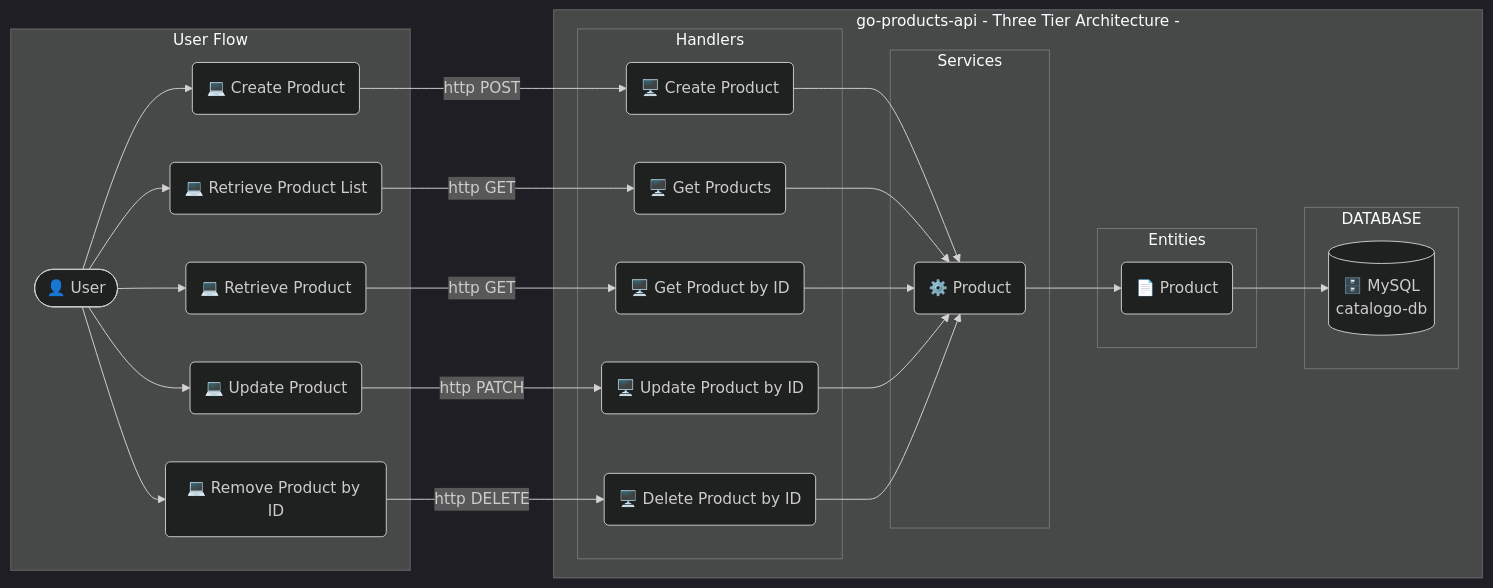
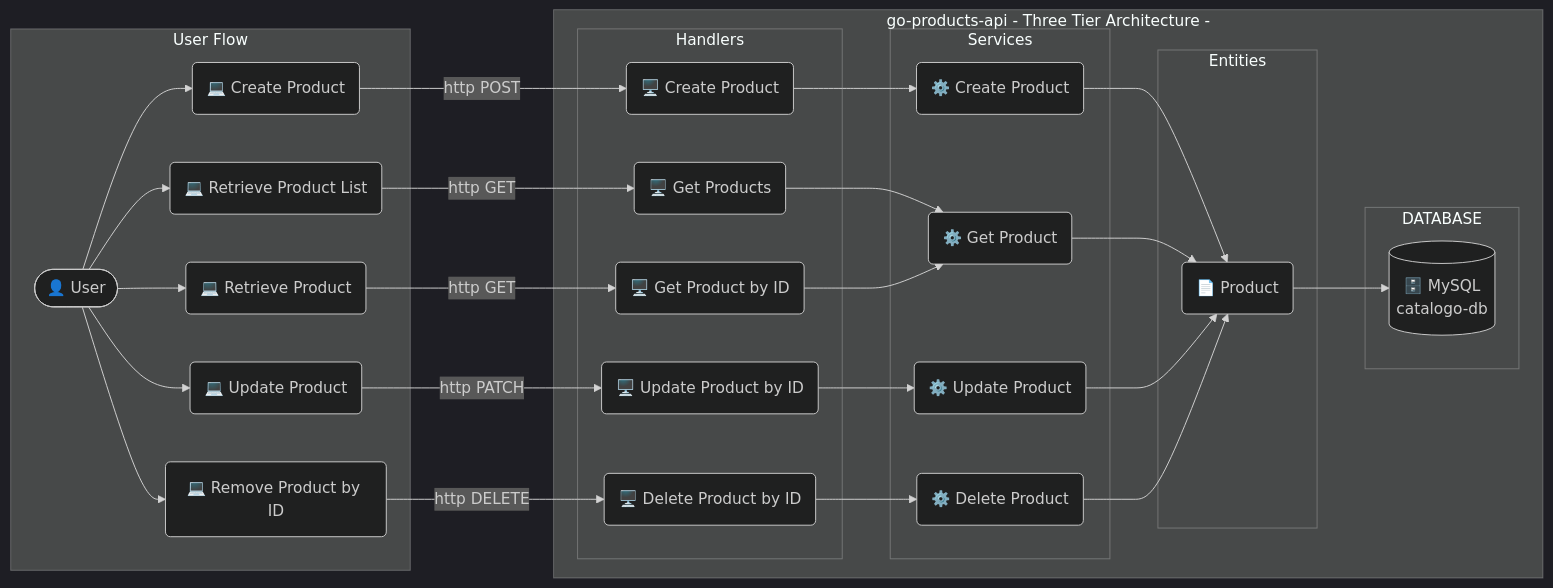
Before and after one commit to jtonynet/go-products-api: the diagram in README.md, drawn with Mermaid (dark theme). The commit also changed other lines of this file and 2 other files, not shown here.

Commit message:
feat(docs): alteracoes pertinentes a arquitetura de tres camadas no readme e no adr

````diff
--- a/README.md
+++ b/README.md
@@ -121,52 +122,61 @@
 ```mermaid
 graph LR
     subgraph User Flow
       ADMIN(["👤 User"])
 
       ADMIN --> CREATE_PRODUCT("💻 Create Product")
       ADMIN --> RETRIEVE_PRODUCT_LIST("💻 Retrieve Product List")
       ADMIN --> RETRIEVE_PRODUCT("💻 Retrieve Product")
       ADMIN --> UPDATE_PRODUCT("💻 Update Product")
       ADMIN --> REMOVE_PRODUCT_BY_ID("💻 Remove Product by ID")
     end
 
     subgraph go-products-api - Three Tier Architecture -
       subgraph Handlers
         API_CREATE_PRODUCT("🖥️ Create Product")
         API_GET_PRODUCTS("🖥️ Get Products")
         API_GET_PRODUCT("🖥️ Get Product by ID")
         API_UPDATE_PRODUCT("🖥️ Update Product by ID")
         API_DELETE_PRODUCT_BY_ID("🖥️ Delete Product by ID")
       end
 
       subgraph Services
-        SERVICE_PRODUCT("⚙️ Product")
+        SERVICE_CREATE_PRODUCT("⚙️ Create Product")
+        SERVICE_GET_PRODUCT("⚙️ Get Product")
+        SERVICE_UPDATE_PRODUCT("⚙️ Update Product")
+        SERVICE_DELETE_PRODUCT("⚙️ Delete Product")
+
       end
 
       subgraph Entities
         ENTITY_PRODUCT("📄 Product")
       end
 
       subgraph DATABASE
         CATALOGO_DB[("🗄️ MySQL <br/> catalogo-db")]
       end 
     end
   
 
   CREATE_PRODUCT -->|http POST| API_CREATE_PRODUCT
   RETRIEVE_PRODUCT_LIST -->|http GET| API_GET_PRODUCTS
   RETRIEVE_PRODUCT -->|http GET| API_GET_PRODUCT
   UPDATE_PRODUCT -->|http PATCH| API_UPDATE_PRODUCT
   REMOVE_PRODUCT_BY_ID -->|http DELETE| API_DELETE_PRODUCT_BY_ID
 
 
-  API_CREATE_PRODUCT-->SERVICE_PRODUCT
-  API_GET_PRODUCTS-->SERVICE_PRODUCT
-  API_GET_PRODUCT-->SERVICE_PRODUCT
-  API_UPDATE_PRODUCT-->SERVICE_PRODUCT
-  API_DELETE_PRODUCT_BY_ID-->SERVICE_PRODUCT
+  API_CREATE_PRODUCT-->SERVICE_CREATE_PRODUCT
+  API_GET_PRODUCTS-->SERVICE_GET_PRODUCT
+  API_GET_PRODUCT-->SERVICE_GET_PRODUCT
+  API_UPDATE_PRODUCT-->SERVICE_UPDATE_PRODUCT
+  API_DELETE_PRODUCT_BY_ID-->SERVICE_DELETE_PRODUCT
 
-  SERVICE_PRODUCT-->ENTITY_PRODUCT
+
+  SERVICE_CREATE_PRODUCT-->ENTITY_PRODUCT
+  SERVICE_GET_PRODUCT-->ENTITY_PRODUCT
+  SERVICE_UPDATE_PRODUCT-->ENTITY_PRODUCT
+  SERVICE_DELETE_PRODUCT-->ENTITY_PRODUCT
+
 
   ENTITY_PRODUCT-->CATALOGO_DB
 ```
````
